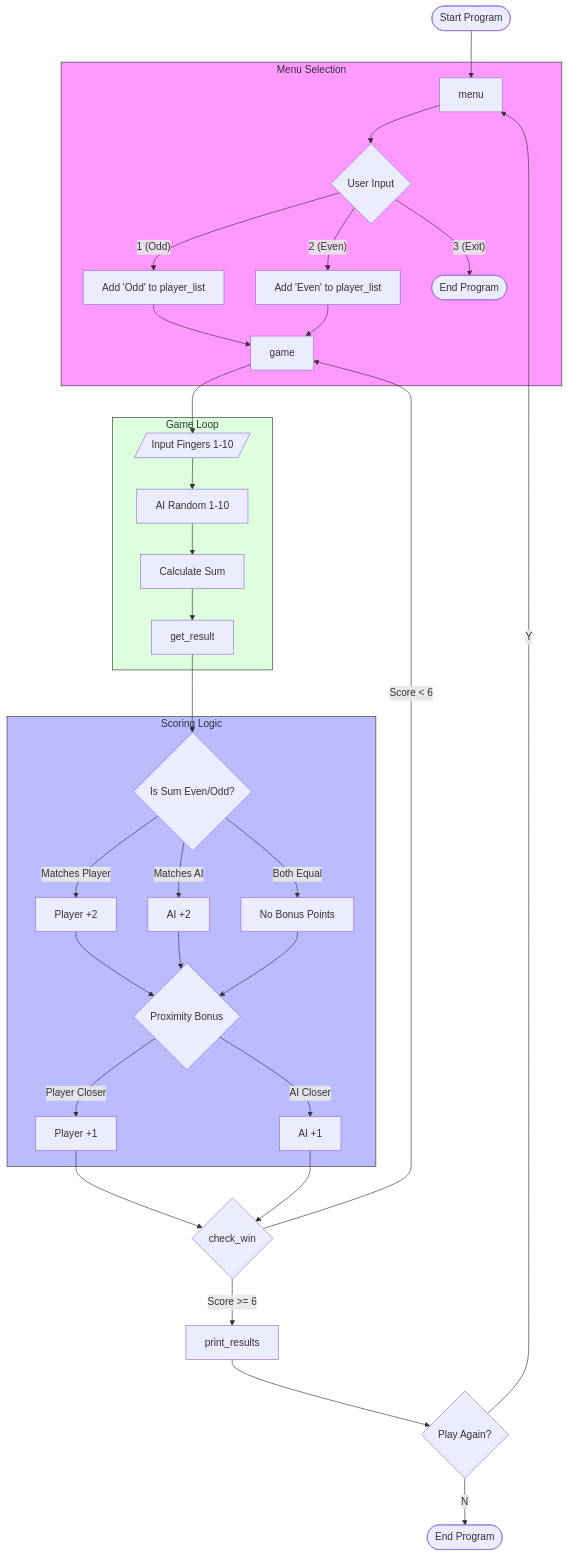
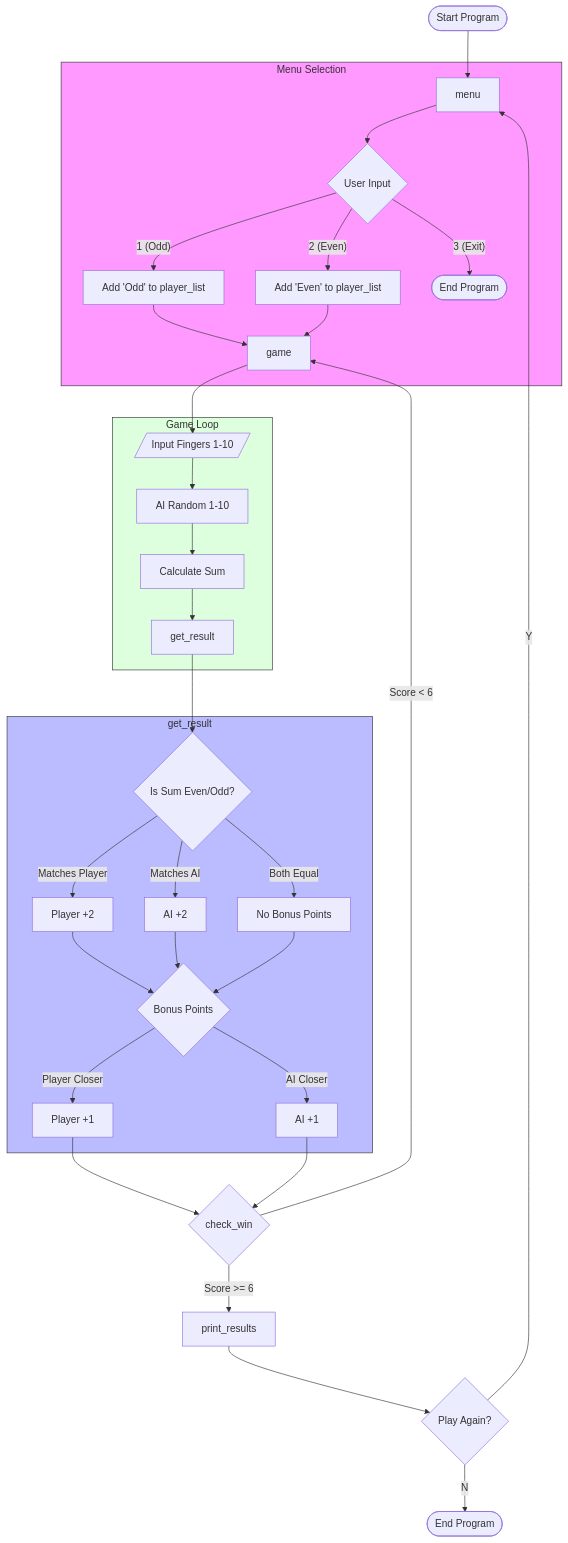
Before and after one commit to a-Digi-a/Obsidian: the diagram in Odds and Evens.md, drawn with Mermaid. The commit also changed 1 other file, not shown here.

Commit message:
vault backup: 2026-03-12 17:06:03

````diff
--- a/Odds and Evens.md
+++ b/Odds and Evens.md
@@ -171,48 +171,48 @@
 ```mermaid
 graph TD
     Start([Start Program]) --> Menu[menu]
     
     subgraph Menu_Function [Menu Selection]
     Menu --> InputMenu{User Input}
     InputMenu -- "1 (Odd)" --> SetOdd[Add 'Odd' to player_list]
     InputMenu -- "2 (Even)" --> SetEven[Add 'Even' to player_list]
     InputMenu -- "3 (Exit)" --> End([End Program])
     SetOdd --> Game[game]
     SetEven --> Game
     end
 
     subgraph Game_Logic [Game Loop]
     Game --> FingerInput[/Input Fingers 1-10/]
     FingerInput --> AI_Roll[AI Random 1-10]
     AI_Roll --> Sum[Calculate Sum]
     Sum --> Result[get_result]
     end
 
-    subgraph Scoring [Scoring Logic]
+    subgraph Scoring [get_result]
     Result --> ParityCheck{Is Sum Even/Odd?}
     ParityCheck -- Matches Player --> PlayerPoints[Player +2]
     ParityCheck -- Matches AI --> AIPoints[AI +2]
     ParityCheck -- Both Equal --> BothEqual[No Bonus Points]
     
-    PlayerPoints --> Proximity{Proximity Bonus}
-    AIPoints --> Proximity
-    BothEqual --> Proximity
+    PlayerPoints --> bonus{Bonus Points}
+    AIPoints --> bonus
+    BothEqual --> bonus
     
-    Proximity -- Player Closer --> PBonus[Player +1]
-    Proximity -- AI Closer --> ABonus[AI +1]
+    bonus -- Player Closer --> PBonus[Player +1]
+    bonus -- AI Closer --> ABonus[AI +1]
     end
 
     PBonus --> CheckWin{check_win}
     ABonus --> CheckWin
 
     CheckWin -- Score < 6 --> Game
     CheckWin -- Score >= 6 --> Results[print_results]
     
     Results --> Replay{Play Again?}
     Replay -- "Y" --> Menu
     Replay -- "N" --> FinalEnd([End Program])
 
     style Menu_Function fill:#f9f,stroke:#333
     style Scoring fill:#bbf,stroke:#333
     style Game_Logic fill:#dfd,stroke:#333
 ```
````
